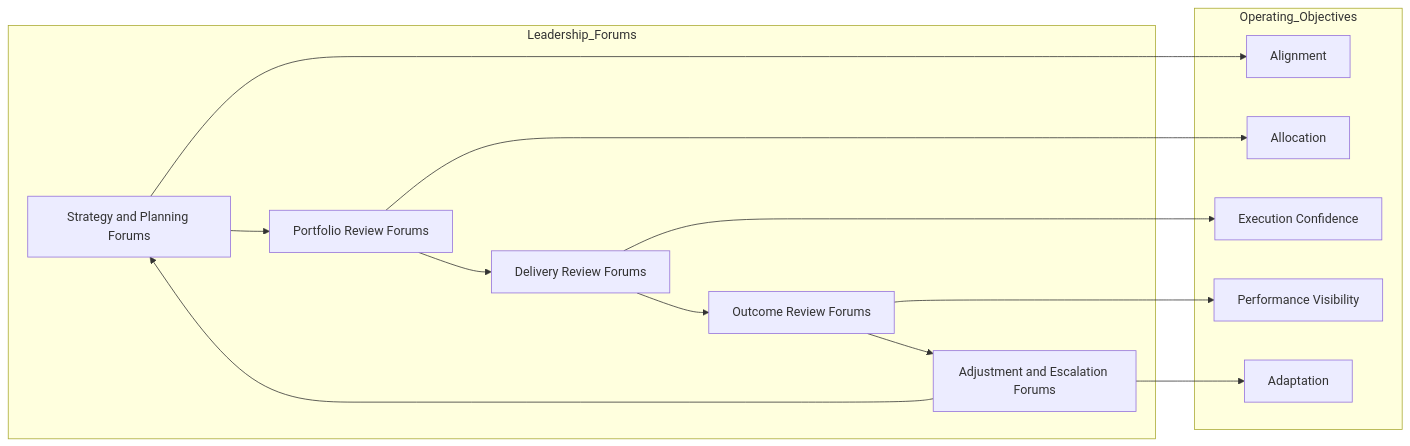
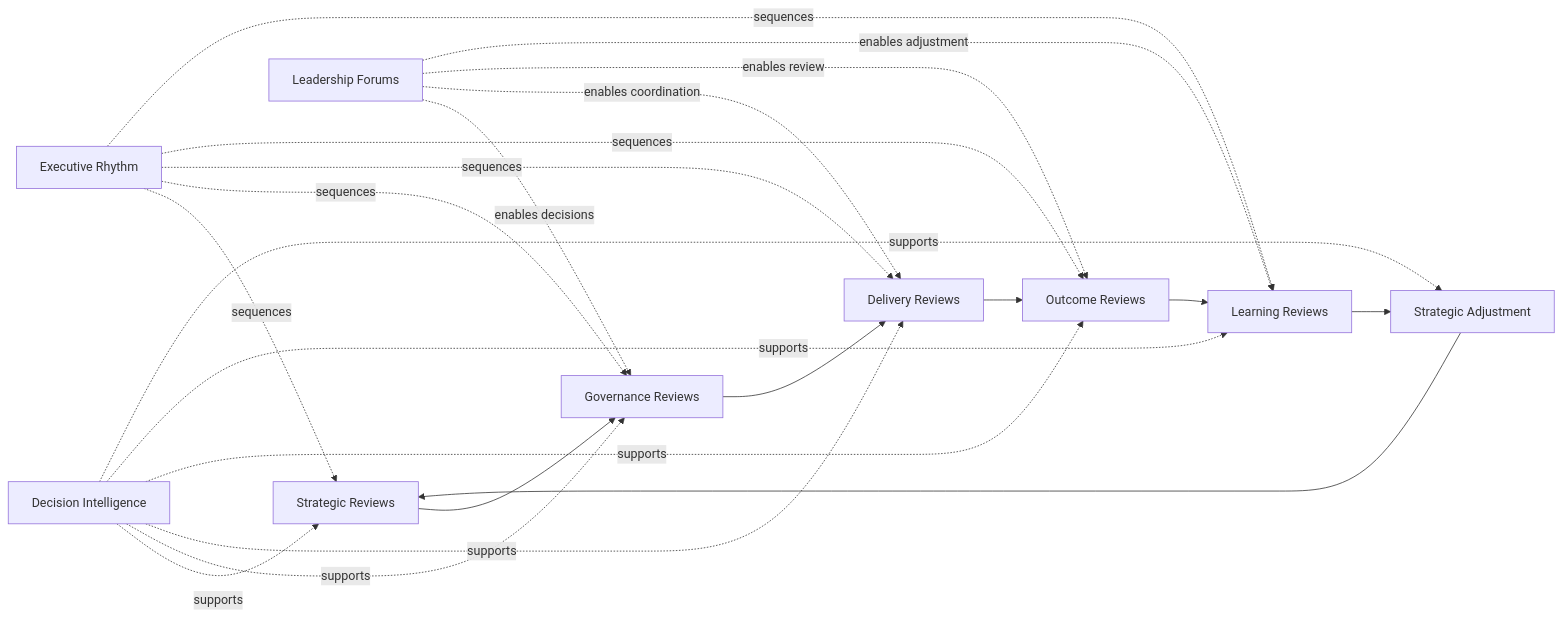
Before and after one commit to ChuckFerrando/product-leadership-operating-model: the second of 2 diagrams in frameworks/PRODUCT_LEADERSHIP_OPERATING_CADENCE.md, drawn with Mermaid. The commit also changed other lines of this file, not shown here.

````diff
--- a/frameworks/PRODUCT_LEADERSHIP_OPERATING_CADENCE.md
+++ b/frameworks/PRODUCT_LEADERSHIP_OPERATING_CADENCE.md
@@ -128,31 +138,34 @@
 ```mermaid
 flowchart LR
 
-    subgraph Leadership_Forums
-        A[Strategy and Planning Forums]
-        B[Portfolio Review Forums]
-        C[Delivery Review Forums]
-        D[Outcome Review Forums]
-        E[Adjustment and Escalation Forums]
-    end
+    A[Strategic Reviews]
+    B[Governance Reviews]
+    C[Delivery Reviews]
+    D[Outcome Reviews]
+    E[Learning Reviews]
+    F[Strategic Adjustment]
 
-    subgraph Operating_Objectives
-        F[Alignment]
-        G[Allocation]
-        H[Execution Confidence]
-        I[Performance Visibility]
-        J[Adaptation]
-    end
+    A --> B --> C --> D --> E --> F --> A
 
-    A --> F
-    B --> G
-    C --> H
-    D --> I
-    E --> J
+    G[Decision Intelligence]
+    H[Executive Rhythm]
+    I[Leadership Forums]
 
-    A --> B
-    B --> C
-    C --> D
-    D --> E
-    E --> A
+    G -.supports.-> A
+    G -.supports.-> B
+    G -.supports.-> C
+    G -.supports.-> D
+    G -.supports.-> E
+    G -.supports.-> F
+
+    H -.sequences.-> A
+    H -.sequences.-> B
+    H -.sequences.-> C
+    H -.sequences.-> D
+    H -.sequences.-> E
+
+    I -.enables decisions.-> B
+    I -.enables coordination.-> C
+    I -.enables review.-> D
+    I -.enables adjustment.-> E
 ```
````
